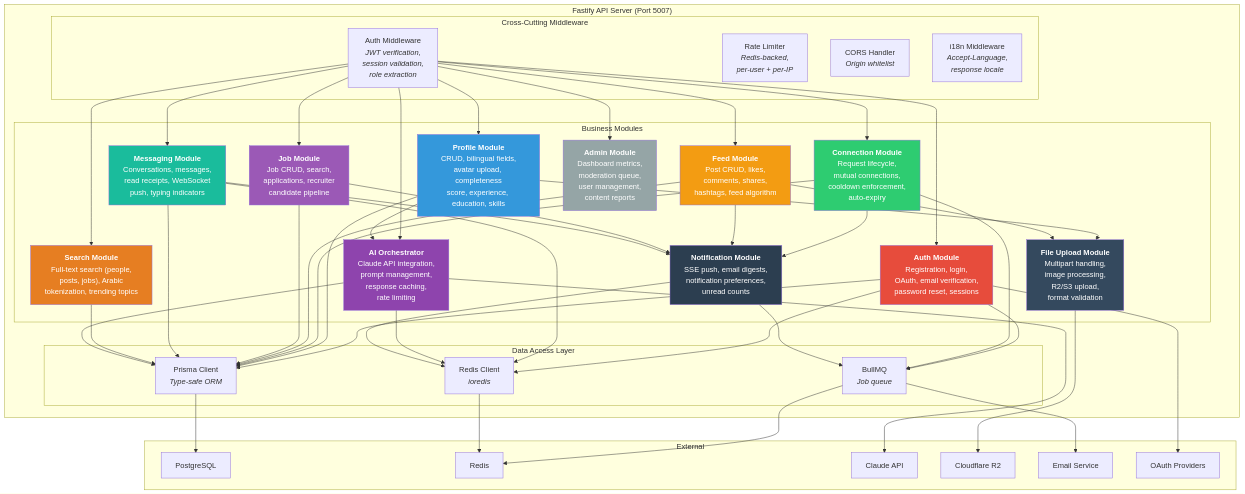
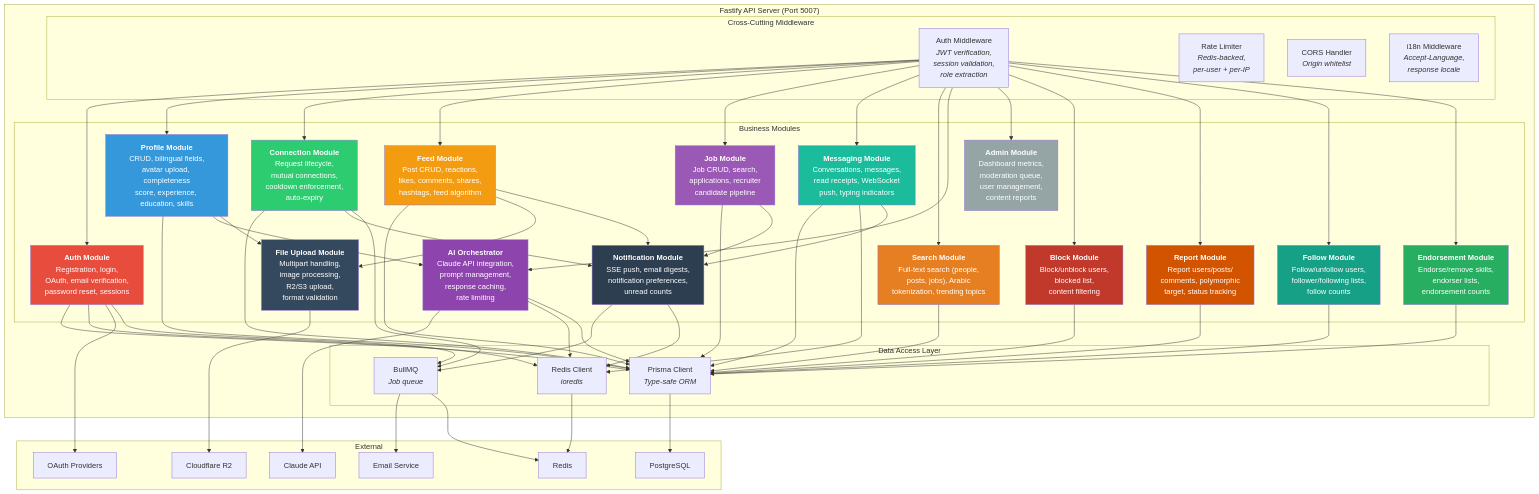
One commit to Tamoura/Claude-Code-creates-the-SW-company changed the fourth of 19 diagrams in products/connectin/docs/architecture.md. Above: the diagram before and after it, drawn with Mermaid. The commit also changed other lines of this file and 5 other files, not shown here.

````diff
--- a/products/connectin/docs/architecture.md
+++ b/products/connectin/docs/architecture.md
@@ -238,7 +238,7 @@
             AUTH["<b>Auth Module</b><br/>Registration, login,<br/>OAuth, email verification,<br/>password reset, sessions"]
             PROFILE["<b>Profile Module</b><br/>CRUD, bilingual fields,<br/>avatar upload, completeness<br/>score, experience, education, skills"]
             CONNECT["<b>Connection Module</b><br/>Request lifecycle,<br/>mutual connections,<br/>cooldown enforcement,<br/>auto-expiry"]
-            FEED["<b>Feed Module</b><br/>Post CRUD, likes,<br/>comments, shares,<br/>hashtags, feed algorithm"]
+            FEED["<b>Feed Module</b><br/>Post CRUD, reactions,<br/>likes, comments, shares,<br/>hashtags, feed algorithm"]
             JOB["<b>Job Module</b><br/>Job CRUD, search,<br/>applications, recruiter<br/>candidate pipeline"]
             MSG["<b>Messaging Module</b><br/>Conversations, messages,<br/>read receipts, WebSocket<br/>push, typing indicators"]
             SEARCH["<b>Search Module</b><br/>Full-text search (people,<br/>posts, jobs), Arabic<br/>tokenization, trending topics"]
@@ -246,6 +246,10 @@
             FILE["<b>File Upload Module</b><br/>Multipart handling,<br/>image processing,<br/>R2/S3 upload,<br/>format validation"]
             NOTIF["<b>Notification Module</b><br/>SSE push, email digests,<br/>notification preferences,<br/>unread counts"]
             ADMIN_MOD["<b>Admin Module</b><br/>Dashboard metrics,<br/>moderation queue,<br/>user management,<br/>content reports"]
+            BLOCK["<b>Block Module</b><br/>Block/unblock users,<br/>blocked list,<br/>content filtering"]
+            REPORT["<b>Report Module</b><br/>Report users/posts/<br/>comments, polymorphic<br/>target, status tracking"]
+            FOLLOW_MOD["<b>Follow Module</b><br/>Follow/unfollow users,<br/>follower/following lists,<br/>follow counts"]
+            ENDORSE["<b>Endorsement Module</b><br/>Endorse/remove skills,<br/>endorser lists,<br/>endorsement counts"]
         end
 
         subgraph DataAccess["Data Access Layer"]
@@ -273,6 +277,10 @@
     AUTH_MW --> SEARCH
     AUTH_MW --> AI_ORCH
     AUTH_MW --> ADMIN_MOD
+    AUTH_MW --> BLOCK
+    AUTH_MW --> REPORT
+    AUTH_MW --> FOLLOW_MOD
+    AUTH_MW --> ENDORSE
 
     AUTH --> PRISMA
     AUTH --> REDIS_CLIENT
@@ -300,6 +308,11 @@
 
     SEARCH --> PRISMA
 
+    BLOCK --> PRISMA
+    REPORT --> PRISMA
+    FOLLOW_MOD --> PRISMA
+    ENDORSE --> PRISMA
+
     AI_ORCH --> CLAUDE_EXT
     AI_ORCH --> REDIS_CLIENT
     AI_ORCH --> PRISMA
@@ -326,4 +339,8 @@
     style FILE fill:#34495E,color:#fff
     style NOTIF fill:#2C3E50,color:#fff
     style ADMIN_MOD fill:#95A5A6,color:#fff
+    style BLOCK fill:#C0392B,color:#fff
+    style REPORT fill:#D35400,color:#fff
+    style FOLLOW_MOD fill:#16A085,color:#fff
+    style ENDORSE fill:#27AE60,color:#fff
 ```
````
